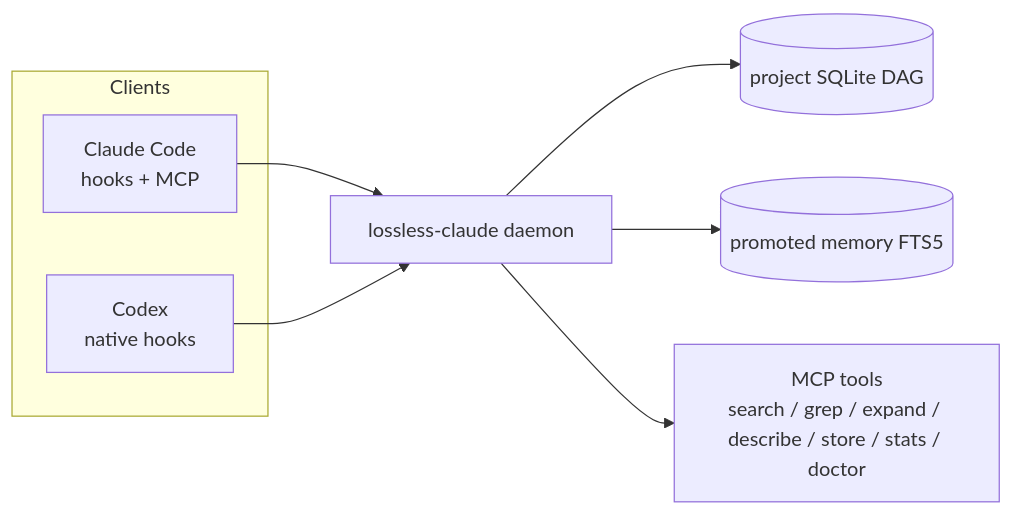
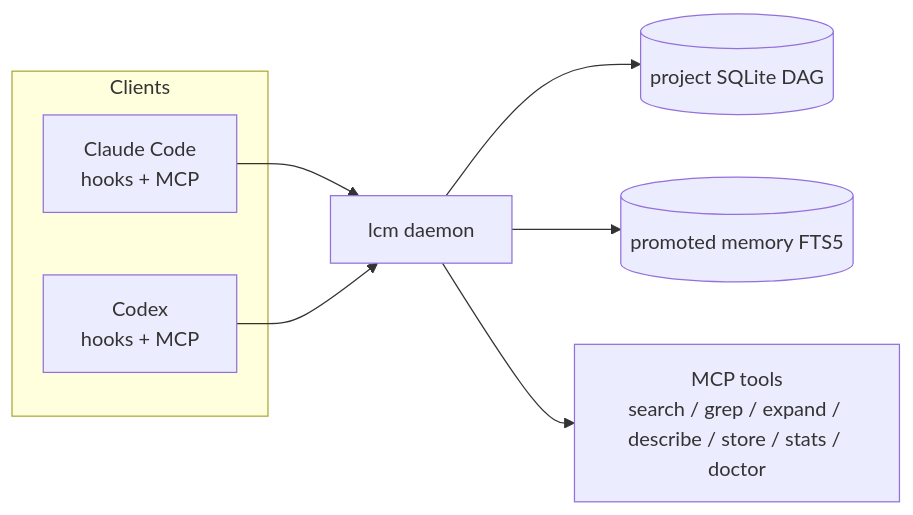
The first of 3 diagrams in README.md (donadiosolutions/lcm), drawn with Mermaid before and after one commit. The commit also changed other lines of this file and 56 other files, not shown here.

````diff
--- a/README.md
+++ b/README.md
@@ -40,14 +41,14 @@
 ```mermaid
 flowchart LR
   subgraph Clients["Clients"]
     CC["Claude Code<br/>hooks + MCP"]
-    CX["Codex<br/>native hooks"]
+    CX["Codex<br/>hooks + MCP"]
   end
 
-  CC --> D["lossless-claude daemon"]
+  CC --> D["lcm daemon"]
   CX --> D
 
   D --> DB[("project SQLite DAG")]
   D --> PM[("promoted memory FTS5")]
   D --> TOOLS["MCP tools<br/>search / grep / expand / describe / store / stats / doctor"]
 ```
````
